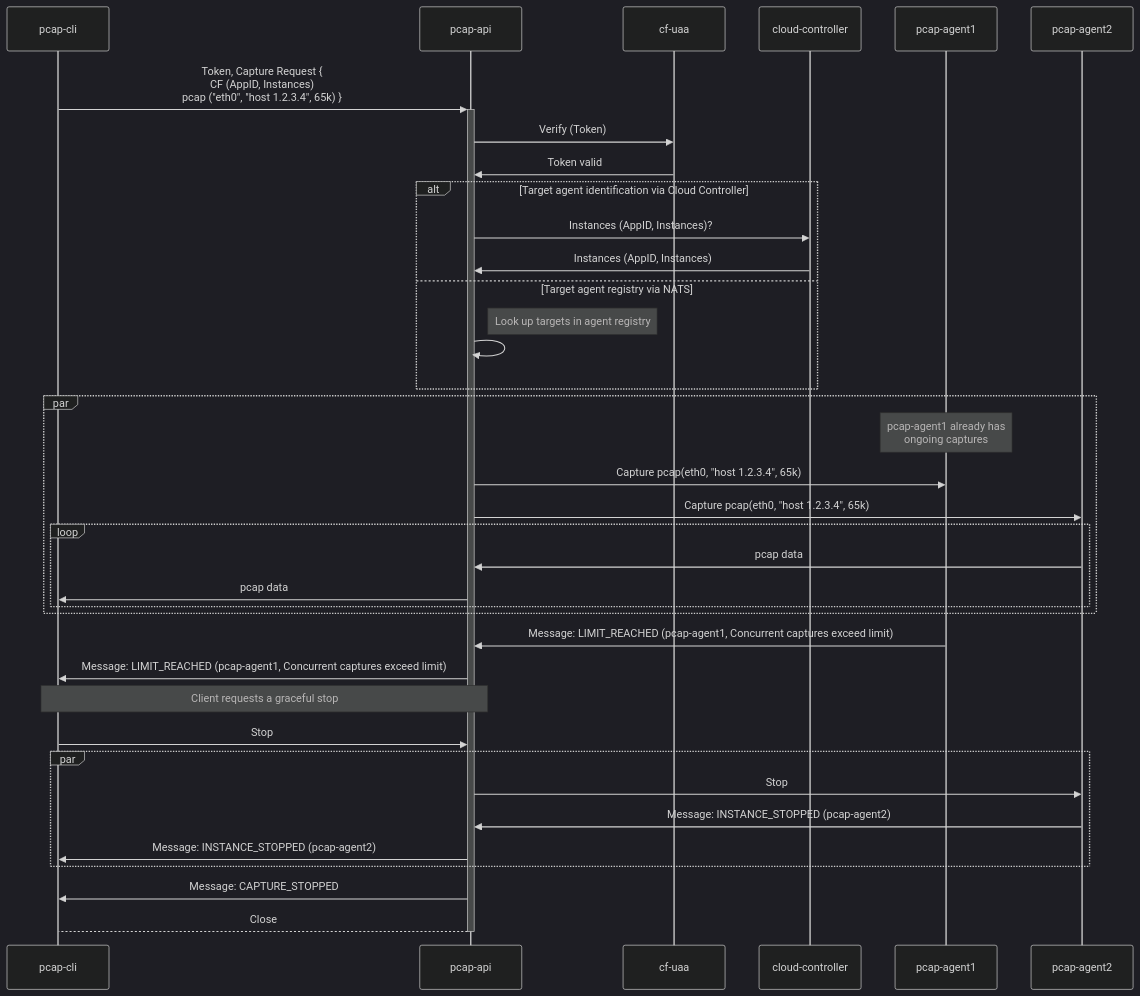
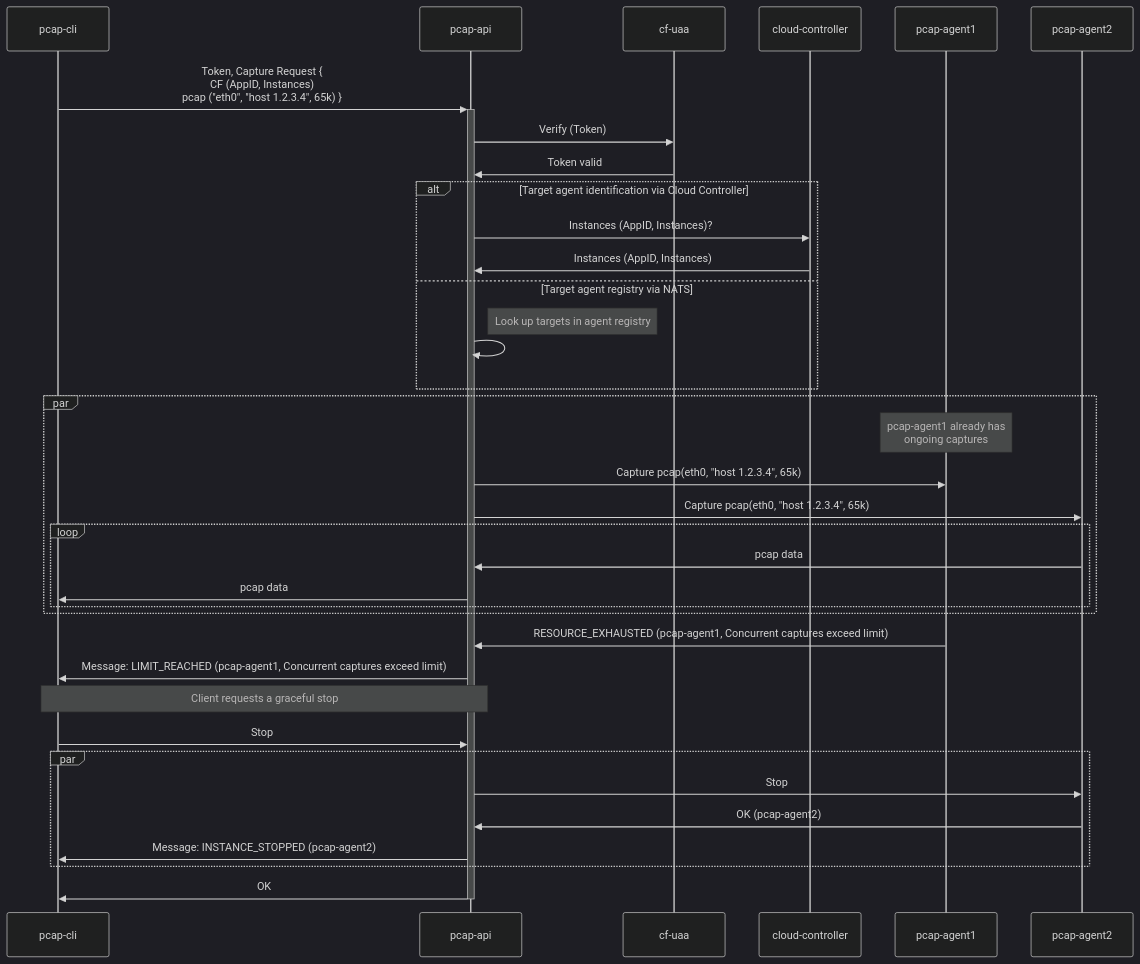
One commit to cloudfoundry/pcap-release changed diagram 18 of 21 in docs/api-communication-spec.md. Above: the diagram before and after it, drawn with Mermaid (dark theme). The commit also changed other lines of this file, not shown here.

Commit message:
docs(api): adapted all use cases to native gRPC status codes where applicable

````diff
--- a/docs/api-communication-spec.md
+++ b/docs/api-communication-spec.md
@@ -778,34 +768,34 @@
 ```mermaid
 sequenceDiagram
     pcap-cli ->>+ pcap-api: Token, Capture Request {<br/>CF (AppID, Instances)<br/>pcap ("eth0", "host 1.2.3.4", 65k) }
     pcap-api ->> cf-uaa: Verify (Token)
     cf-uaa ->> pcap-api: Token valid
     alt Target agent identification via Cloud Controller
         pcap-api ->> cloud-controller: Instances (AppID, Instances)?
         cloud-controller ->> pcap-api: Instances (AppID, Instances)
     else Target agent registry via NATS
         note right of pcap-api: Look up targets in agent registry
         pcap-api ->> pcap-api: 
     end
     par
         note over pcap-agent1: pcap-agent1 already has<br/>ongoing captures
         pcap-api ->> pcap-agent1: Capture pcap(eth0, "host 1.2.3.4", 65k)
         pcap-api ->> pcap-agent2: Capture pcap(eth0, "host 1.2.3.4", 65k)
         loop
             pcap-agent2 ->> pcap-api: pcap data
             pcap-api ->> pcap-cli: pcap data
         end
     end
-    pcap-agent1 ->> pcap-api: Message: LIMIT_REACHED (pcap-agent1, Concurrent captures exceed limit)
+    pcap-agent1 ->> pcap-api: RESOURCE_EXHAUSTED (pcap-agent1, Concurrent captures exceed limit)
     pcap-api ->> pcap-cli: Message: LIMIT_REACHED (pcap-agent1, Concurrent captures exceed limit)
     note over pcap-cli, pcap-api: Client requests a graceful stop
     pcap-cli ->> pcap-api: Stop
     par
         pcap-api ->> pcap-agent2: Stop
-        pcap-agent2 ->> pcap-api: Message: INSTANCE_STOPPED (pcap-agent2)
+        pcap-agent2 ->> pcap-api: OK (pcap-agent2)
         pcap-api ->> pcap-cli: Message: INSTANCE_STOPPED (pcap-agent2)
     end
 
-    pcap-api ->> pcap-cli: Message: CAPTURE_STOPPED
-    pcap-api -->- pcap-cli: Close
+    pcap-api ->>- pcap-cli: OK
+    
 ```
````
